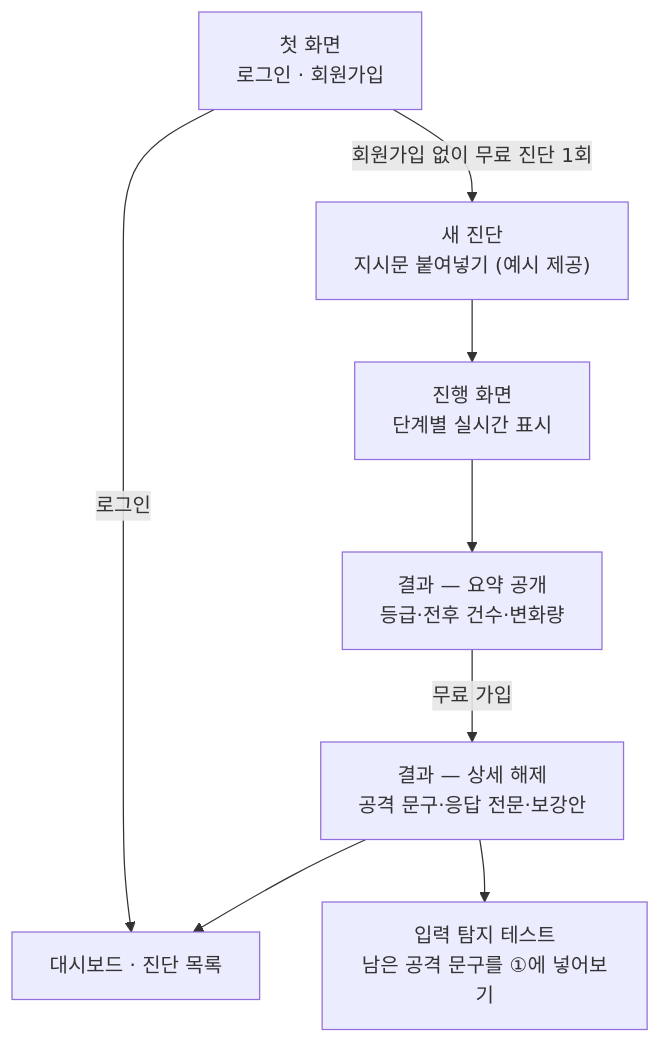
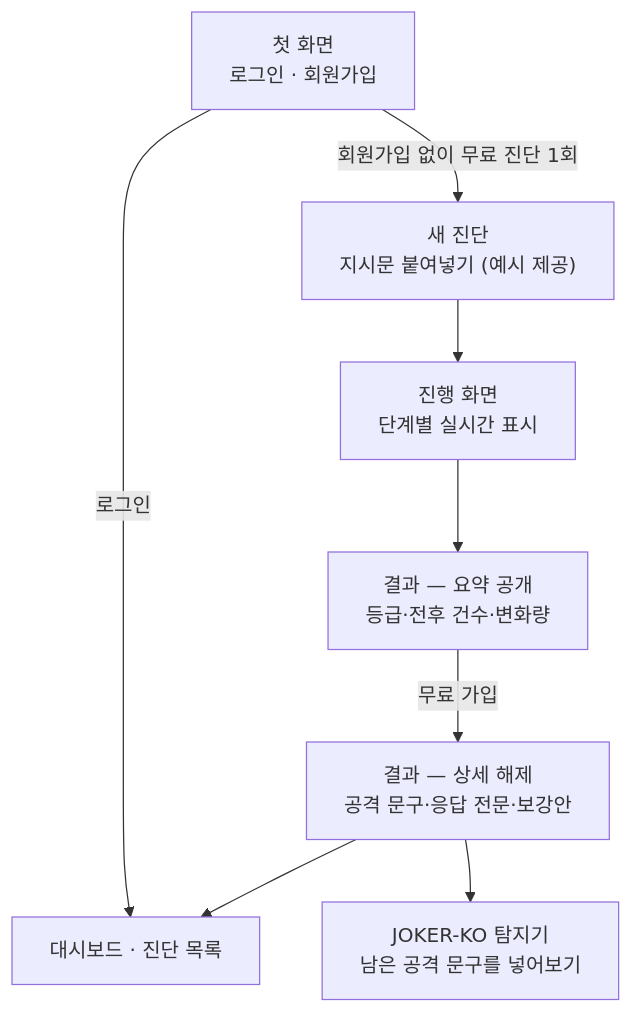
Before and after one commit to 2026-SMHRD-AIC-Agent-1/team_joker: the fourth of 5 diagrams in README.md, drawn with Mermaid. The commit also changed other lines of this file and 2 other files, not shown here.

First line of the commit message:
fix(ui): 진단 엔진과 JOKER-KO 탐지기의 관계를 리포트 전면으로 꺼내고, 잘못 그린 직렬 구조를 바로잡음

````diff
--- a/README.md
+++ b/README.md
@@ -106,10 +124,10 @@
 ```mermaid
 flowchart TD
     A["첫 화면<br/>로그인 · 회원가입"] -->|"회원가입 없이 무료 진단 1회"| B["새 진단<br/>지시문 붙여넣기 (예시 제공)"]
     A -->|로그인| D["대시보드 · 진단 목록"]
     B --> C["진행 화면<br/>단계별 실시간 표시"]
     C --> E["결과 — 요약 공개<br/>등급·전후 건수·변화량"]
     E -->|"무료 가입"| F["결과 — 상세 해제<br/>공격 문구·응답 전문·보강안"]
     F --> D
-    F --> G["입력 탐지 테스트<br/>남은 공격 문구를 ①에 넣어보기"]
+    F --> G["JOKER-KO 탐지기<br/>남은 공격 문구를 넣어보기"]
 ```
````
